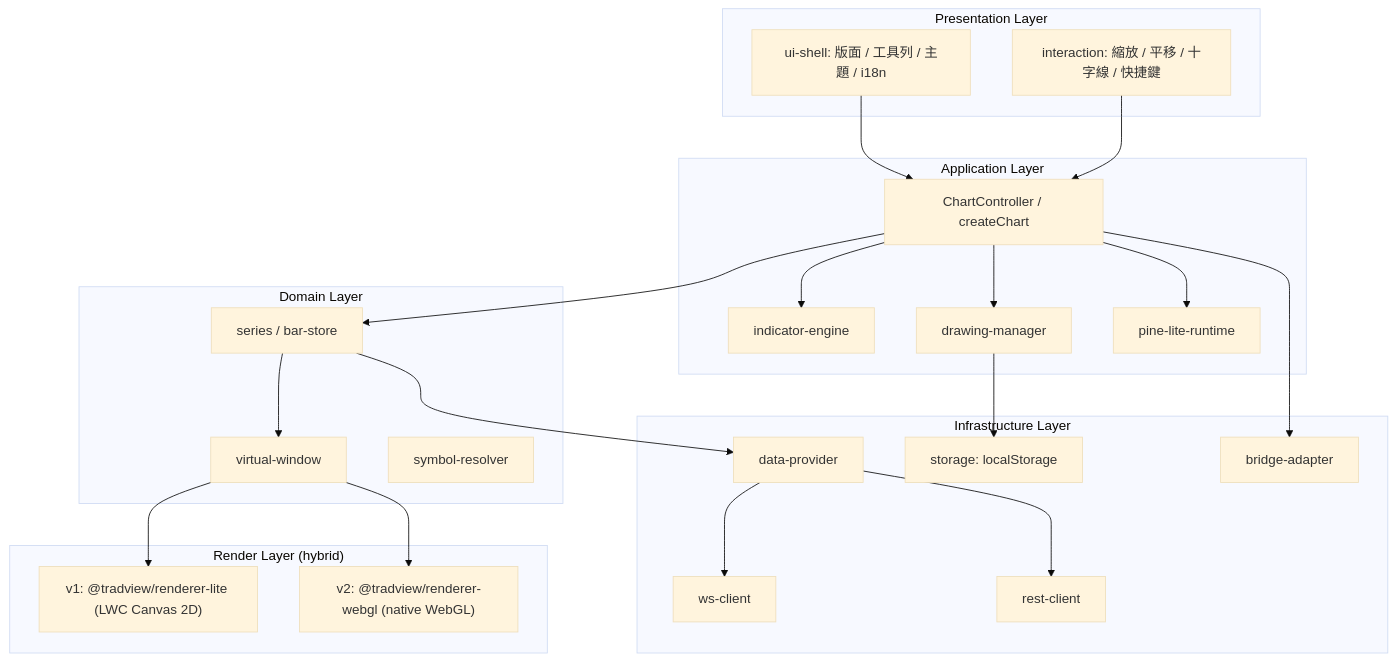
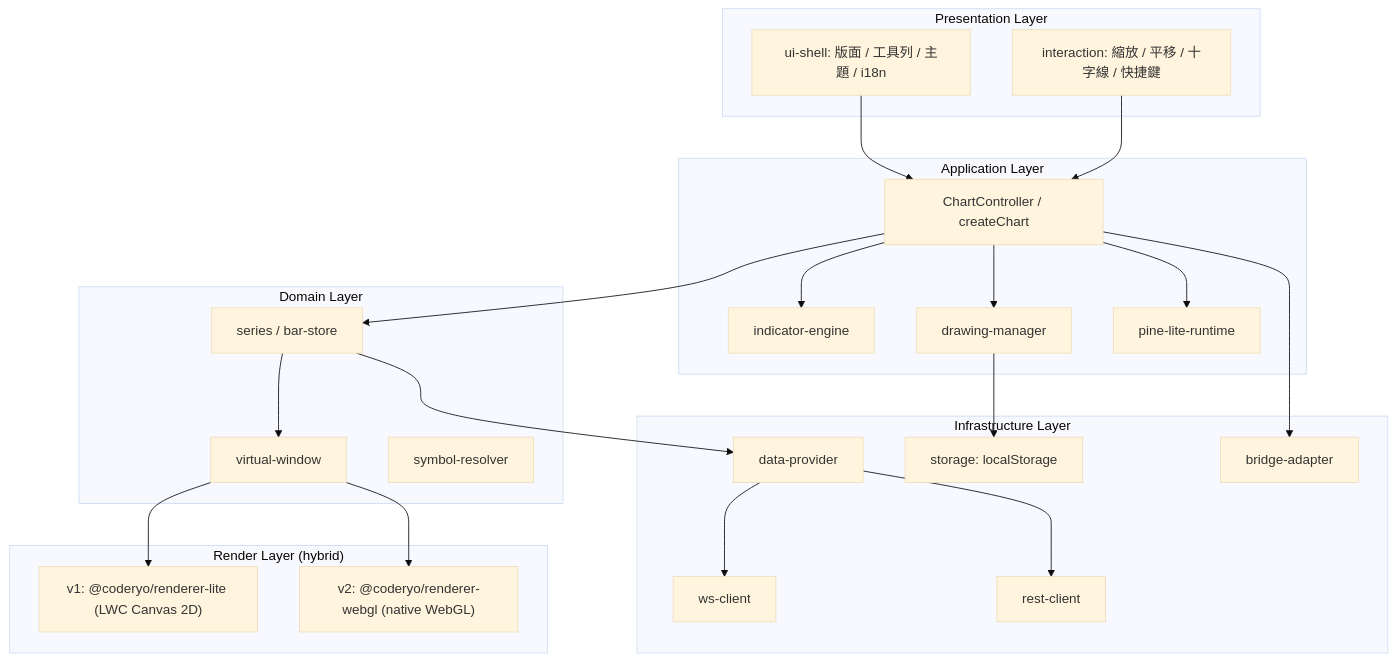
The second of 11 diagrams in docs/DESIGN.md (CodeRyoStudio/tradview), drawn with Mermaid (base theme) before and after one commit. The commit also changed other lines of this file and 87 other files, not shown here.

Commit message:
refactor!: rename npm scope @tradview to @coderyo

````diff
--- a/docs/DESIGN.md
+++ b/docs/DESIGN.md
@@ -102,43 +102,43 @@
 ```mermaid
 flowchart TB
   subgraph Presentation["Presentation Layer"]
     Shell["ui-shell: 版面 / 工具列 / 主題 / i18n"]
     Input["interaction: 縮放 / 平移 / 十字線 / 快捷鍵"]
   end
   subgraph Application["Application Layer"]
     ChartAPI["ChartController / createChart"]
     Ind["indicator-engine"]
     Draw["drawing-manager"]
     Pine["pine-lite-runtime"]
   end
   subgraph Domain["Domain Layer"]
     Series["series / bar-store"]
     VW["virtual-window"]
     Sym["symbol-resolver"]
   end
   subgraph Infrastructure["Infrastructure Layer"]
     DP["data-provider"]
     WSClient["ws-client"]
     RESTClient["rest-client"]
     Bridge["bridge-adapter"]
     Persist["storage: localStorage"]
   end
   subgraph Render["Render Layer (hybrid)"]
-    R1["v1: @tradview/renderer-lite (LWC Canvas 2D)"]
-    R2["v2: @tradview/renderer-webgl (native WebGL)"]
+    R1["v1: @coderyo/renderer-lite (LWC Canvas 2D)"]
+    R2["v2: @coderyo/renderer-webgl (native WebGL)"]
   end
   Shell --> ChartAPI
   Input --> ChartAPI
   ChartAPI --> Series
   ChartAPI --> Ind
   ChartAPI --> Draw
   ChartAPI --> Pine
   Series --> VW
   Series --> DP
   DP --> WSClient
   DP --> RESTClient
   VW --> R1
   VW --> R2
   Draw --> Persist
   ChartAPI --> Bridge
 ```
````
